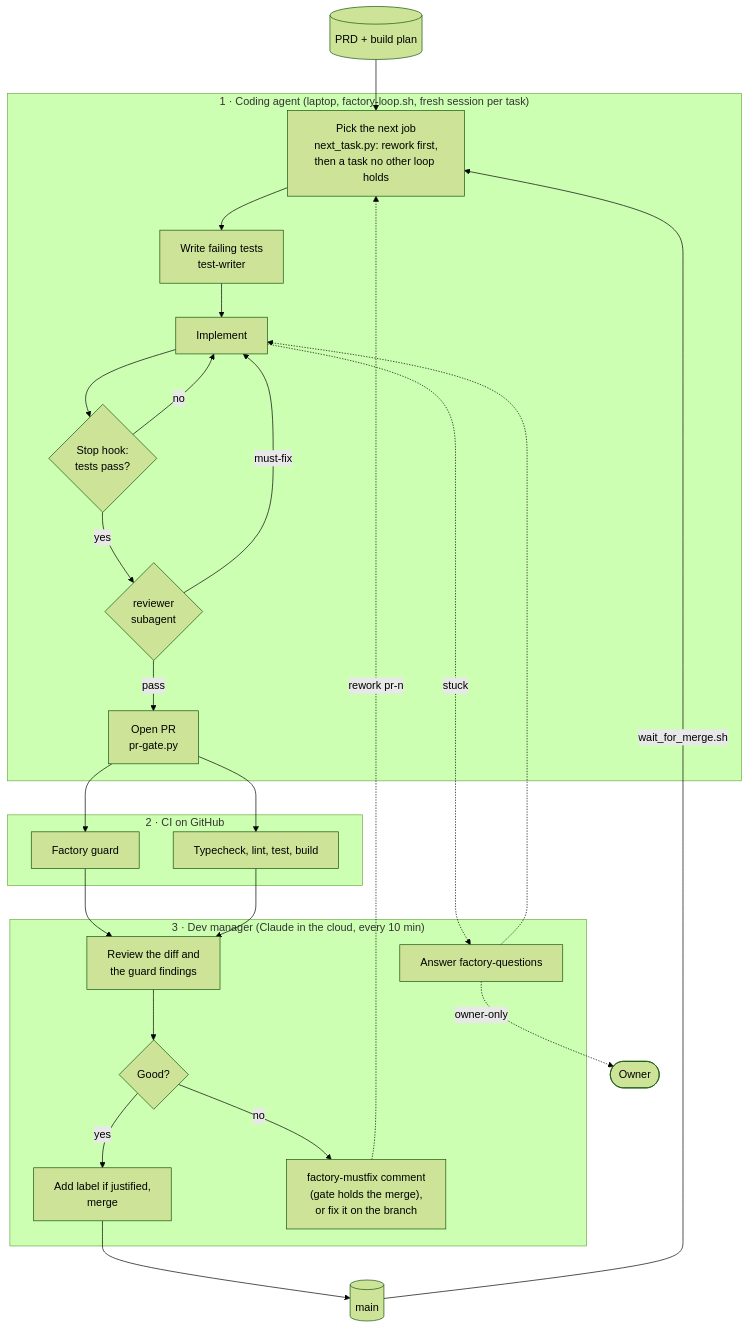
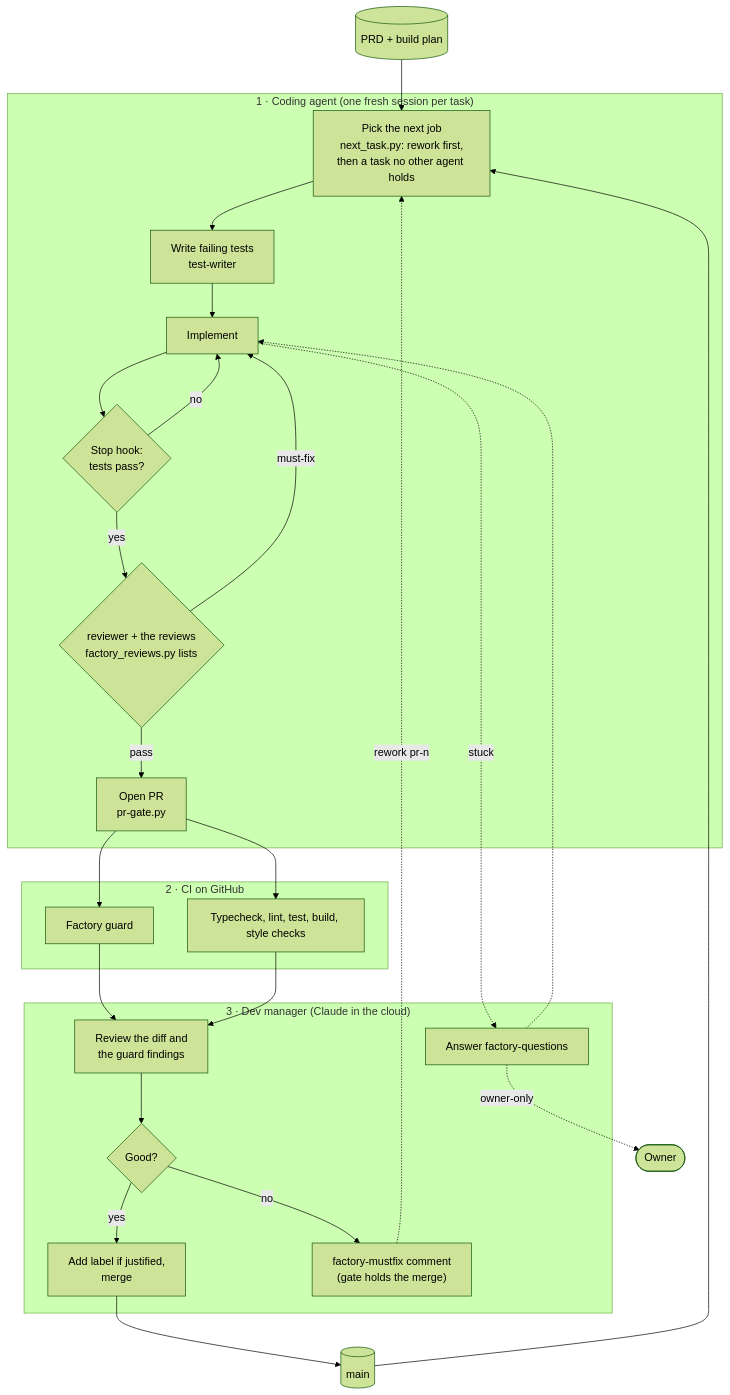
The diagram in software-factory/README.md (deresegetachew/my-skills), drawn with Mermaid (forest theme) before and after one commit. The commit also changed other lines of this file and 17 other files, not shown here.

````diff
--- a/software-factory/README.md
+++ b/software-factory/README.md
@@ -9,37 +27,37 @@
 ```mermaid
 flowchart TB
     plan[("PRD + build plan")] --> pick
 
-    subgraph agent["1 · Coding agent (laptop, factory-loop.sh, fresh session per task)"]
-        pick["Pick the next job<br/>next_task.py: rework first,<br/>then a task no other loop holds"] --> tests["Write failing tests<br/>test-writer"]
+    subgraph agent["1 · Coding agent (one fresh session per task)"]
+        pick["Pick the next job<br/>next_task.py: rework first,<br/>then a task no other agent holds"] --> tests["Write failing tests<br/>test-writer"]
         tests --> code["Implement"]
         code --> stop{"Stop hook:<br/>tests pass?"}
         stop -->|"no"| code
-        stop -->|"yes"| rev{"reviewer<br/>subagent"}
+        stop -->|"yes"| rev{"reviewer + the reviews<br/>factory_reviews.py lists"}
         rev -->|"must-fix"| code
         rev -->|"pass"| pr["Open PR<br/>pr-gate.py"]
     end
 
     subgraph ci["2 · CI on GitHub"]
         guard["Factory guard"]
-        checks["Typecheck, lint, test, build"]
+        checks["Typecheck, lint, test, build, style checks"]
     end
 
-    subgraph dm["3 · Dev manager (Claude in the cloud, every 10 min)"]
+    subgraph dm["3 · Dev manager (Claude in the cloud)"]
         read["Review the diff and<br/>the guard findings"] --> ok{"Good?"}
         ok -->|"yes"| merge["Add label if justified,<br/>merge"]
-        ok -->|"no"| fix["factory-mustfix comment<br/>(gate holds the merge),<br/>or fix it on the branch"]
+        ok -->|"no"| fix["factory-mustfix comment<br/>(gate holds the merge)"]
         answer["Answer factory-questions"]
     end
 
     pr --> guard
     pr --> checks
     guard --> read
     checks --> read
     merge --> main[("main")]
-    main -->|"wait_for_merge.sh"| pick
+    main --> pick
     fix -.->|"rework pr-n"| pick
     code -.->|"stuck"| answer
     answer -.-> code
     answer -.->|"owner-only"| owner(["Owner"])
 ```
````
